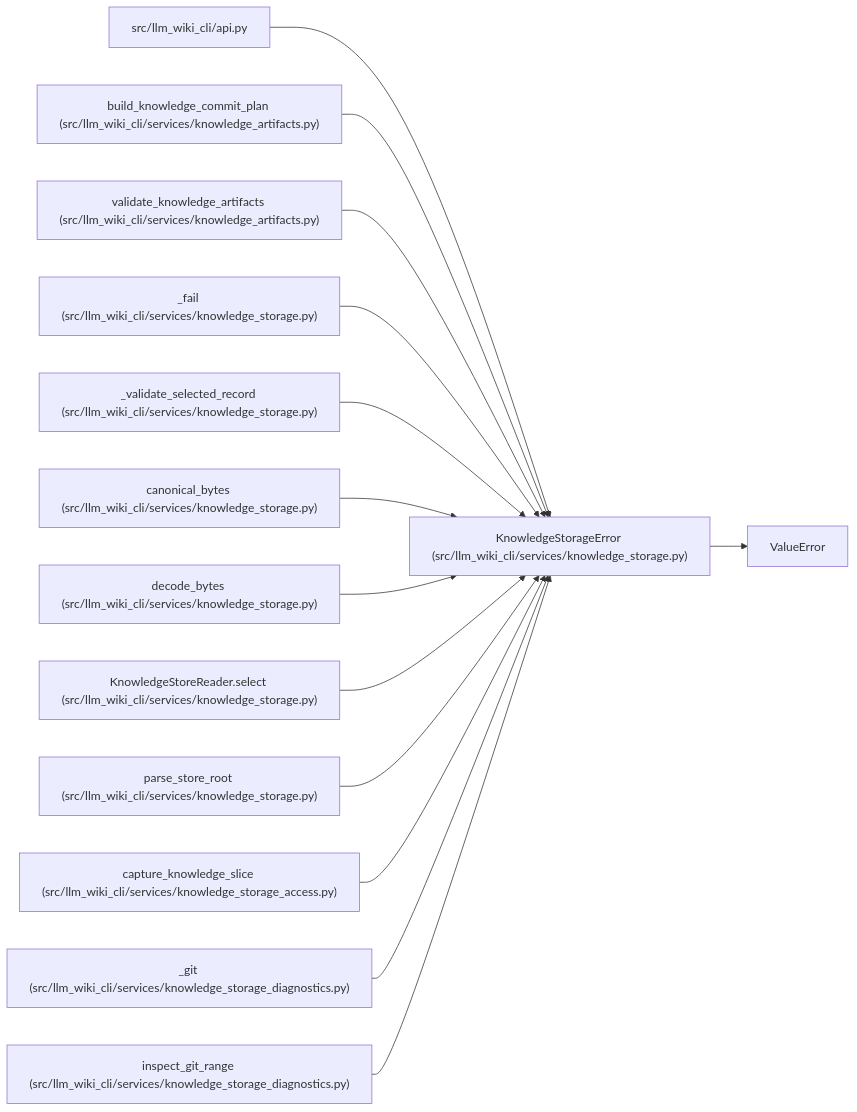
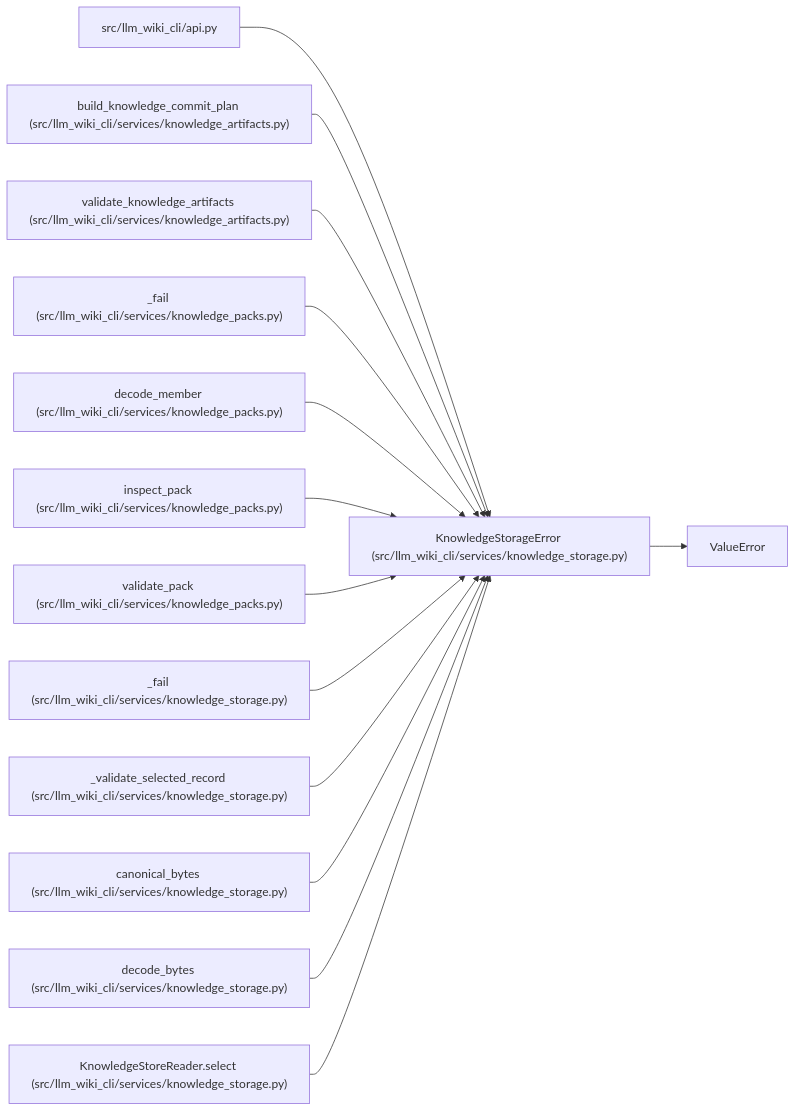
The diagram in docs/llm_wiki/entities/KnowledgeStorageError.md (Denissvgn/python-wiki-llm), drawn with Mermaid before and after one commit. The commit also changed other lines of this file and 6105 other files, not shown here.

Commit message:
Adopt compressed knowledge packs in the reference wiki

````diff
--- a/docs/llm_wiki/entities/KnowledgeStorageError.md
+++ b/docs/llm_wiki/entities/KnowledgeStorageError.md
@@ -25,43 +25,43 @@
 ```mermaid
 flowchart LR
     n0["KnowledgeStorageError (src/llm_wiki_cli/services/knowledge_storage.py)"]
     n1["ValueError"]
     n2["src/llm_wiki_cli/api.py"]
     n3["build_knowledge_commit_plan (src/llm_wiki_cli/services/knowledge_artifacts.py)"]
     n4["validate_knowledge_artifacts (src/llm_wiki_cli/services/knowledge_artifacts.py)"]
-    n5["_fail (src/llm_wiki_cli/services/knowledge_storage.py)"]
-    n6["_validate_selected_record (src/llm_wiki_cli/services/knowledge_storage.py)"]
-    n7["canonical_bytes (src/llm_wiki_cli/services/knowledge_storage.py)"]
-    n8["decode_bytes (src/llm_wiki_cli/services/knowledge_storage.py)"]
-    n9["KnowledgeStoreReader.select (src/llm_wiki_cli/services/knowledge_storage.py)"]
-    n10["parse_store_root (src/llm_wiki_cli/services/knowledge_storage.py)"]
-    n11["capture_knowledge_slice (src/llm_wiki_cli/services/knowledge_storage_access.py)"]
-    n12["_git (src/llm_wiki_cli/services/knowledge_storage_diagnostics.py)"]
-    n13["inspect_git_range (src/llm_wiki_cli/services/knowledge_storage_diagnostics.py)"]
+    n5["_fail (src/llm_wiki_cli/services/knowledge_packs.py)"]
+    n6["decode_member (src/llm_wiki_cli/services/knowledge_packs.py)"]
+    n7["inspect_pack (src/llm_wiki_cli/services/knowledge_packs.py)"]
+    n8["validate_pack (src/llm_wiki_cli/services/knowledge_packs.py)"]
+    n9["_fail (src/llm_wiki_cli/services/knowledge_storage.py)"]
+    n10["_validate_selected_record (src/llm_wiki_cli/services/knowledge_storage.py)"]
+    n11["canonical_bytes (src/llm_wiki_cli/services/knowledge_storage.py)"]
+    n12["decode_bytes (src/llm_wiki_cli/services/knowledge_storage.py)"]
+    n13["KnowledgeStoreReader.select (src/llm_wiki_cli/services/knowledge_storage.py)"]
     n0 --> n1
     n2 --> n0
     n3 --> n0
     n4 --> n0
     n5 --> n0
     n6 --> n0
     n7 --> n0
     n8 --> n0
     n9 --> n0
     n10 --> n0
     n11 --> n0
     n12 --> n0
     n13 --> n0
     click n0 "../modules/knowledge_storage.md"
     click n2 "../modules/api.md"
     click n3 "../modules/knowledge_artifacts.md"
     click n4 "../modules/knowledge_artifacts.md"
-    click n5 "../modules/knowledge_storage.md"
-    click n6 "../modules/knowledge_storage.md"
-    click n7 "../modules/knowledge_storage.md"
-    click n8 "../modules/knowledge_storage.md"
+    click n5 "../modules/knowledge_packs.md"
+    click n6 "../modules/knowledge_packs.md"
+    click n7 "../modules/knowledge_packs.md"
+    click n8 "../modules/knowledge_packs.md"
     click n9 "../modules/knowledge_storage.md"
     click n10 "../modules/knowledge_storage.md"
-    click n11 "../modules/knowledge_storage_access.md"
-    click n12 "../modules/knowledge_storage_diagnostics.md"
-    click n13 "../modules/knowledge_storage_diagnostics.md"
+    click n11 "../modules/knowledge_storage.md"
+    click n12 "../modules/knowledge_storage.md"
+    click n13 "../modules/knowledge_storage.md"
 ```
````
